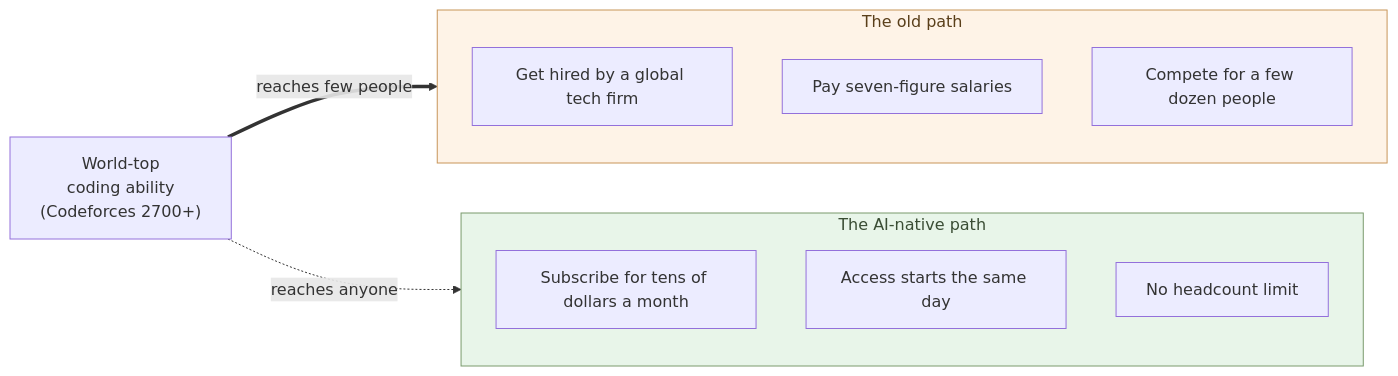
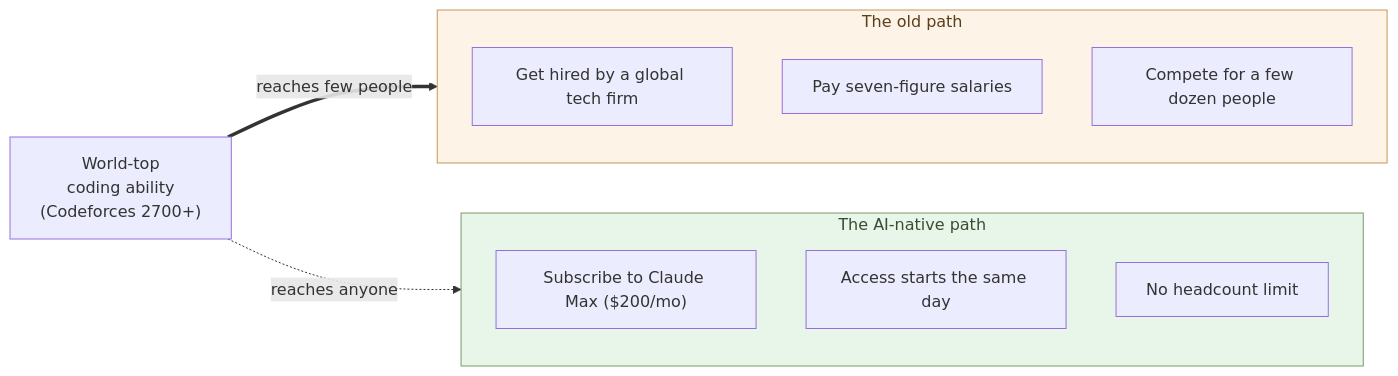
Before and after one commit to aiseed-dev/website: the diagram in articles/ai-native-ways/software/01-coder-top/en.md, drawn with Mermaid. The commit also changed other lines of this file and 1 other file, not shown here.

First line of the commit message:
第1章: 価格アンカーを Claude Max (月 3 万円 / $200) に修正

````diff
--- a/articles/ai-native-ways/software/01-coder-top/en.md
+++ b/articles/ai-native-ways/software/01-coder-top/en.md
@@ -113,26 +120,26 @@
 ```mermaid
 flowchart LR
   Top["World-top<br/>coding ability<br/>(Codeforces 2700+)"]
 
   subgraph Legacy["The old path"]
     direction TB
     H1["Get hired by a global tech firm"]
     H2["Pay seven-figure salaries"]
     H3["Compete for a few dozen people"]
   end
 
   subgraph Native["The AI-native path"]
     direction TB
-    N1["Subscribe for tens of dollars a month"]
+    N1["Subscribe to Claude Max ($200/mo)"]
     N2["Access starts the same day"]
     N3["No headcount limit"]
   end
 
   Top ==>|reaches few people| Legacy
   Top -.->|reaches anyone| Native
 
   classDef good fill:#e8f5e9,stroke:#7a9a6d,color:#3a4d34
   classDef bad fill:#fef3e7,stroke:#c89559,color:#5a3f1a
   class Native good
   class Legacy bad
 ```
````
